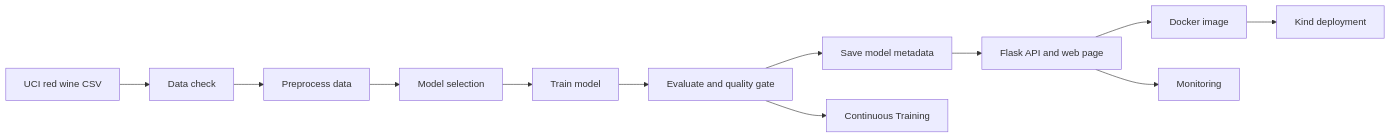
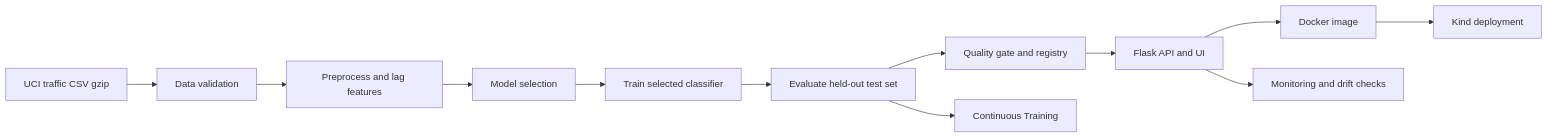
The diagram in README.md (lorcan973232/mlops-metro-traffic-volume-pipeline), drawn with Mermaid before and after one commit. The commit also changed other lines of this file and 100 other files, not shown here.

````diff
--- a/README.md
+++ b/README.md
@@ -102,14 +76,14 @@
 ```mermaid
 flowchart LR
-  A["UCI red wine CSV"] --> B["Data check"]
-  B --> C["Preprocess data"]
+  A["UCI traffic CSV gzip"] --> B["Data validation"]
+  B --> C["Preprocess and lag features"]
   C --> D["Model selection"]
-  D --> E["Train model"]
-  E --> F["Evaluate and quality gate"]
-  F --> G["Save model metadata"]
-  G --> H["Flask API and web page"]
+  D --> E["Train selected classifier"]
+  E --> F["Evaluate held-out test set"]
+  F --> G["Quality gate and registry"]
+  G --> H["Flask API and UI"]
   H --> I["Docker image"]
   I --> J["Kind deployment"]
   F --> K["Continuous Training"]
-  H --> L["Monitoring"]
+  H --> L["Monitoring and drift checks"]
 ```
````
